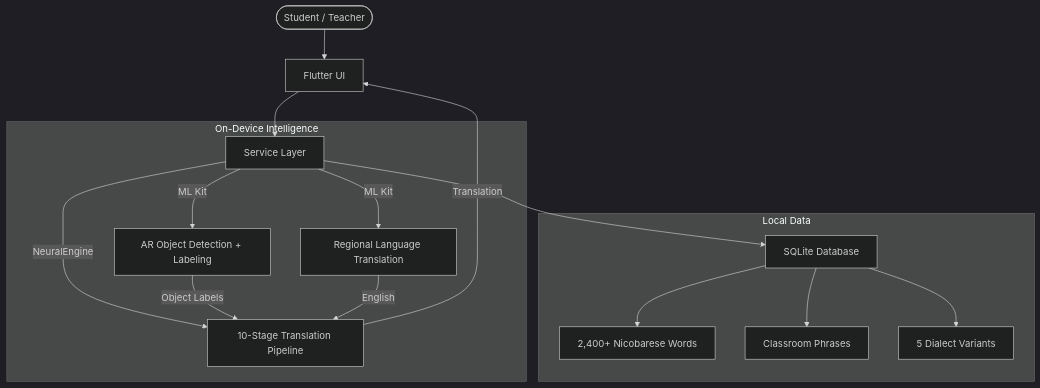
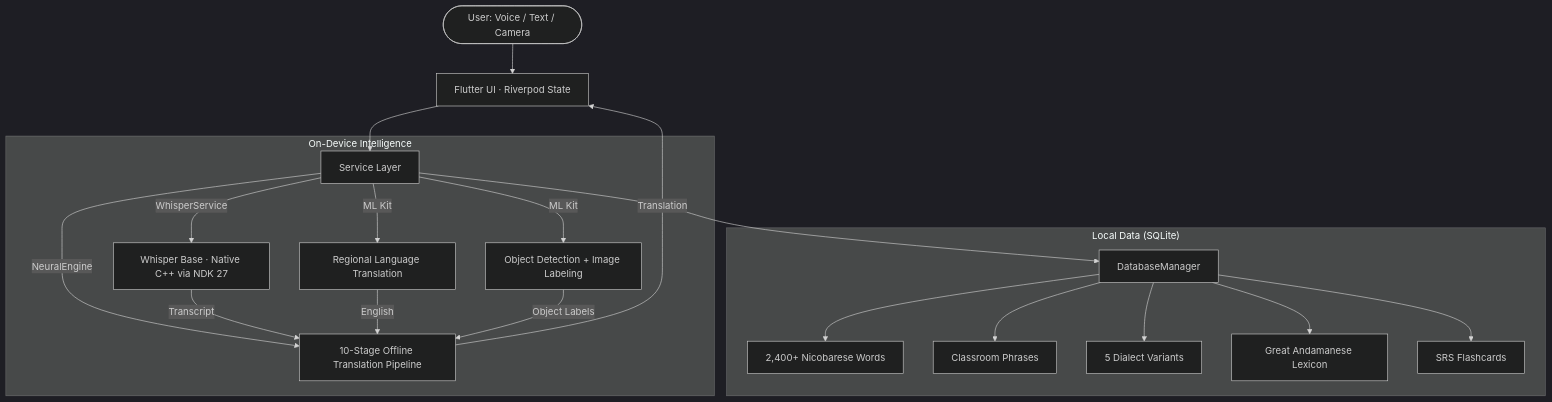
Before and after one commit to sathiyatskrj/Speechmate: the diagram in README.md, drawn with Mermaid (dark theme). The commit also changed other lines of this file, not shown here.

Commit message:
docs: honest README - all features listed, transparent about prototype stage

````diff
--- a/README.md
+++ b/README.md
@@ -111,22 +147,26 @@
 ```mermaid
 graph TD
-    User([Student / Teacher]) --> UI[Flutter UI]
+    User([User: Voice / Text / Camera]) --> UI[Flutter UI · Riverpod State]
     UI --> Service[Service Layer]
 
     subgraph "On-Device Intelligence"
-        Service --> |NeuralEngine| NLP[10-Stage Translation Pipeline]
-        Service --> |ML Kit| AR[AR Object Detection + Labeling]
+        Service --> |WhisperService| Whisper[Whisper Base · Native C++ via NDK 27]
+        Service --> |NeuralEngine| NLP[10-Stage Offline Translation Pipeline]
+        Service --> |ML Kit| AR[Object Detection + Image Labeling]
         Service --> |ML Kit| Regional[Regional Language Translation]
     end
 
-    subgraph "Local Data"
-        Service --> DB[SQLite Database]
+    subgraph "Local Data (SQLite)"
+        Service --> DB[DatabaseManager]
         DB --> Words[2,400+ Nicobarese Words]
         DB --> Phrases[Classroom Phrases]
         DB --> Dialects[5 Dialect Variants]
+        DB --> GA[Great Andamanese Lexicon]
+        DB --> FC[SRS Flashcards]
     end
 
+    Whisper --> |Transcript| NLP
+    Regional --> |English| NLP
     NLP --> |Translation| UI
     AR --> |Object Labels| NLP
-    Regional --> |English| NLP
 ```
````
